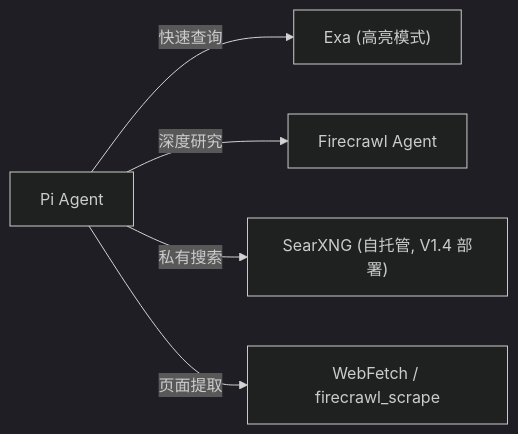
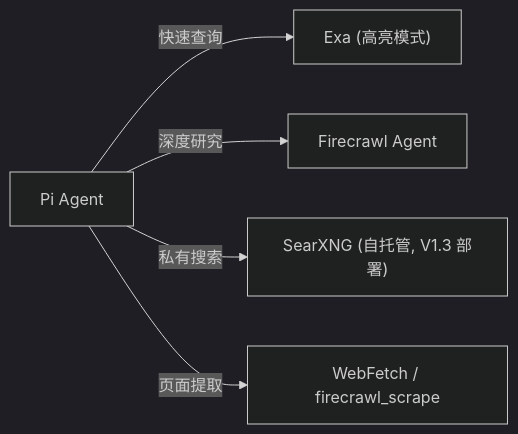
One commit to int2t05/Cognik changed the sixth of 8 diagrams in docs/ROADMAP.md. Above: the diagram before and after it, drawn with Mermaid (dark theme). The commit also changed other lines of this file, not shown here.

First line of the commit message:
docs(roadmap): 版本线调整 — V1.3 提升为 Agent 基座

````diff
--- a/docs/ROADMAP.md
+++ b/docs/ROADMAP.md
@@ -336,7 +289,7 @@
 ```mermaid
 flowchart LR
     AG["Pi Agent"] -->|"快速查询"| EXA["Exa (高亮模式)"]
     AG -->|"深度研究"| FC["Firecrawl Agent"]
-    AG -->|"私有搜索"| SX["SearXNG (自托管, V1.4 部署)"]
+    AG -->|"私有搜索"| SX["SearXNG (自托管, V1.3 部署)"]
     AG -->|"页面提取"| WF["WebFetch / firecrawl_scrape"]
 ```
````
